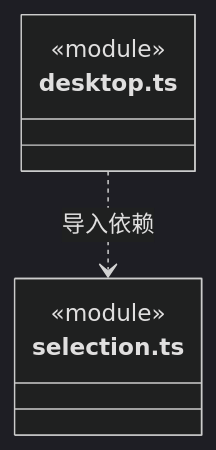
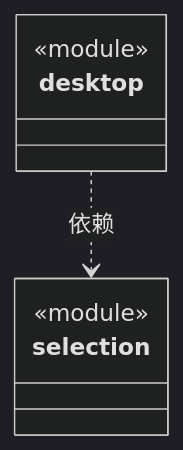
The diagram in src/bridge/server/bootstrap/ARCHITECTURE.md (nan023062/cbim), drawn with Mermaid (dark theme) before and after one commit. The commit also changed other lines of this file and 158 other files, not shown here.

Commit message:
docs: model architecture through nested virtual encapsulations

````diff
--- a/src/bridge/server/bootstrap/ARCHITECTURE.md
+++ b/src/bridge/server/bootstrap/ARCHITECTURE.md
@@ -118,10 +20,12 @@
 ```mermaid
 classDiagram
-class N_src_bridge_server_bootstrap_desktop_ts["desktop.ts"] {
+class N_c3e83cdb359e["desktop"] {
   <<module>>
 }
-class N_src_bridge_server_bootstrap_selection_ts["selection.ts"] {
+click N_c3e83cdb359e href "desktop.ts"
+class N_fb9b37bf8ad7["selection"] {
   <<module>>
 }
-N_src_bridge_server_bootstrap_desktop_ts ..> N_src_bridge_server_bootstrap_selection_ts : 导入依赖
+click N_fb9b37bf8ad7 href "selection.ts"
+N_c3e83cdb359e ..> N_fb9b37bf8ad7 : 依赖
 ```
````
